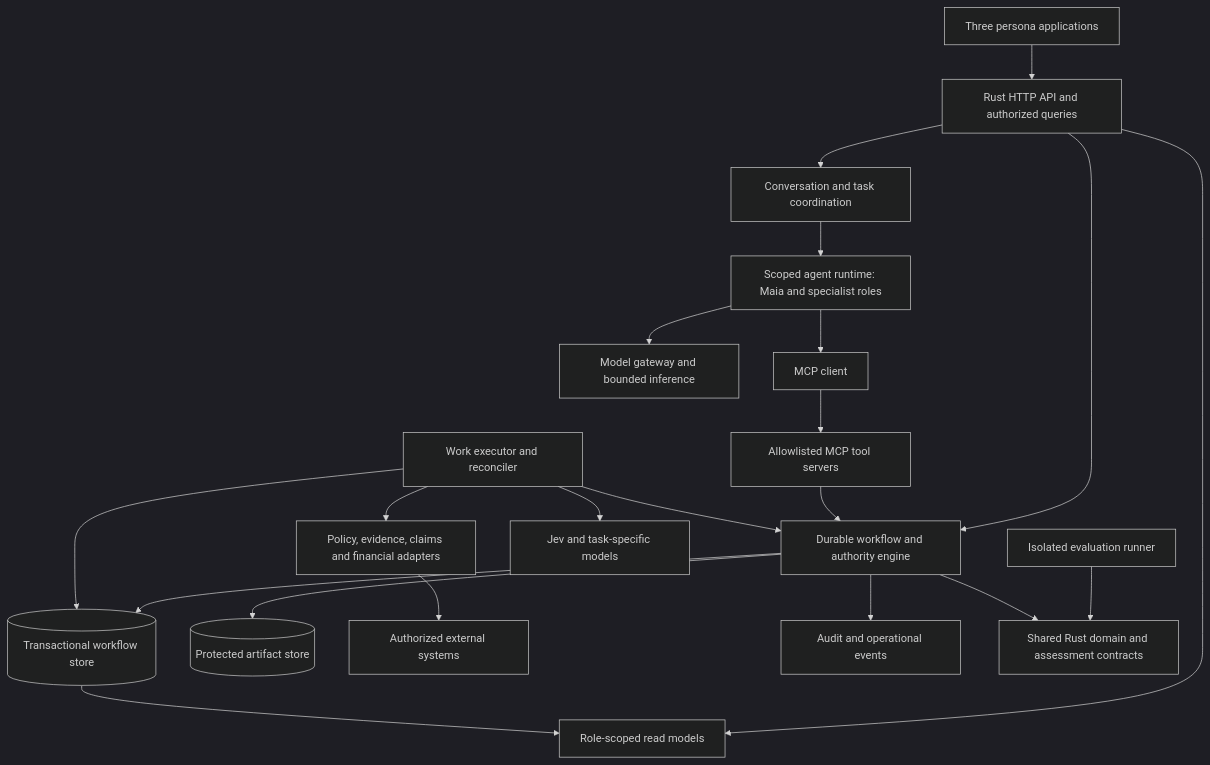
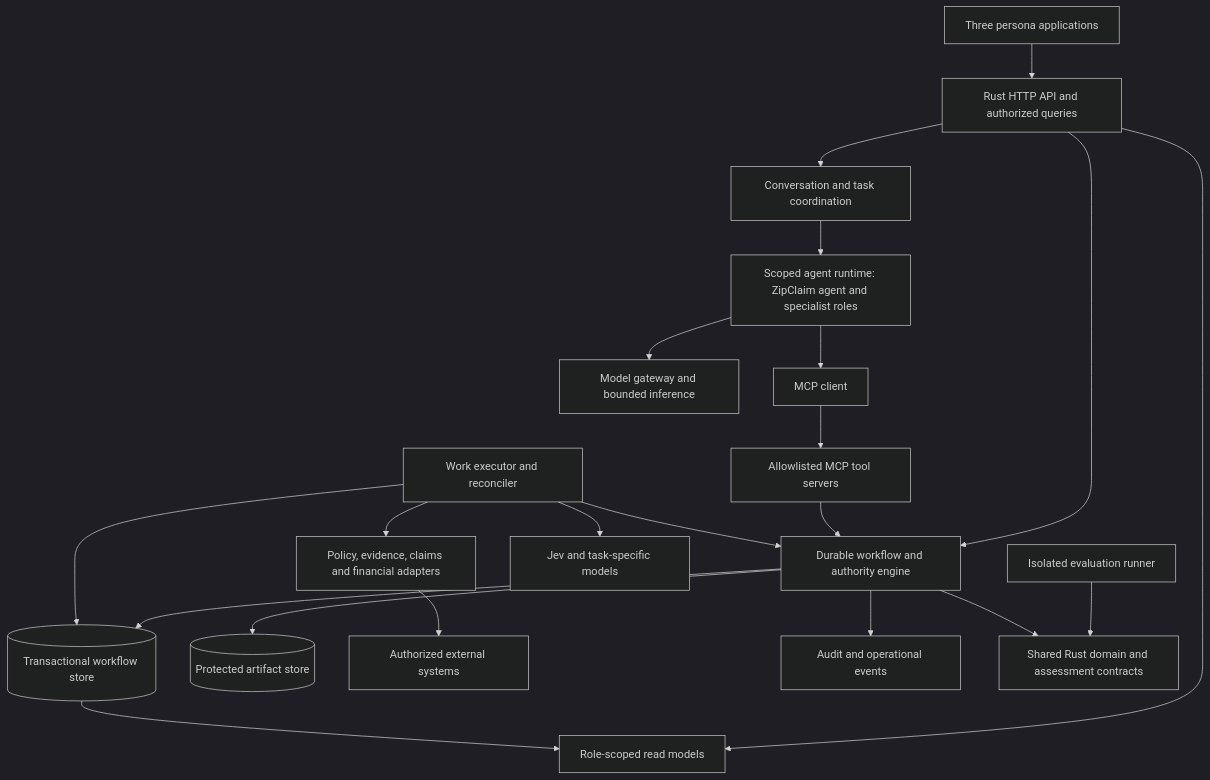
Before and after one commit to niksacdev/jev-sample: the third of 7 diagrams in docs/system-design.md, drawn with Mermaid (dark theme). The commit also changed other lines of this file and 70 other files, not shown here.

First line of the commit message:
ZipClaim AI-native workflow, live instrumentation and guided setup

````diff
--- a/docs/system-design.md
+++ b/docs/system-design.md
@@ -85,23 +167,23 @@
 ```mermaid
 flowchart TB
     UI[Three persona applications] --> API[Rust HTTP API and authorized queries]
     API --> WF[Durable workflow and authority engine]
     API --> Session[Conversation and task coordination]
-    Session --> Agents[Scoped agent runtime: Maia and specialist roles]
+    Session --> Agents[Scoped agent runtime: ZipClaim agent and specialist roles]
     Agents --> LLM[Model gateway and bounded inference]
     Agents --> MCP[MCP client]
     MCP --> Tools[Allowlisted MCP tool servers]
     Tools --> WF
     WF --> DB[(Transactional workflow store)]
     WF --> Artifacts[(Protected artifact store)]
     Worker[Work executor and reconciler] --> DB
     Worker --> WF
     Worker --> Adapters[Policy, evidence, claims and financial adapters]
     Adapters --> External[Authorized external systems]
     API --> Views[Role-scoped read models]
     DB --> Views
     Worker --> Models[Jev and task-specific models]
     WF --> Audit[Audit and operational events]
     Eval[Isolated evaluation runner] --> Domain[Shared Rust domain and assessment contracts]
     WF --> Domain
 ```
````
